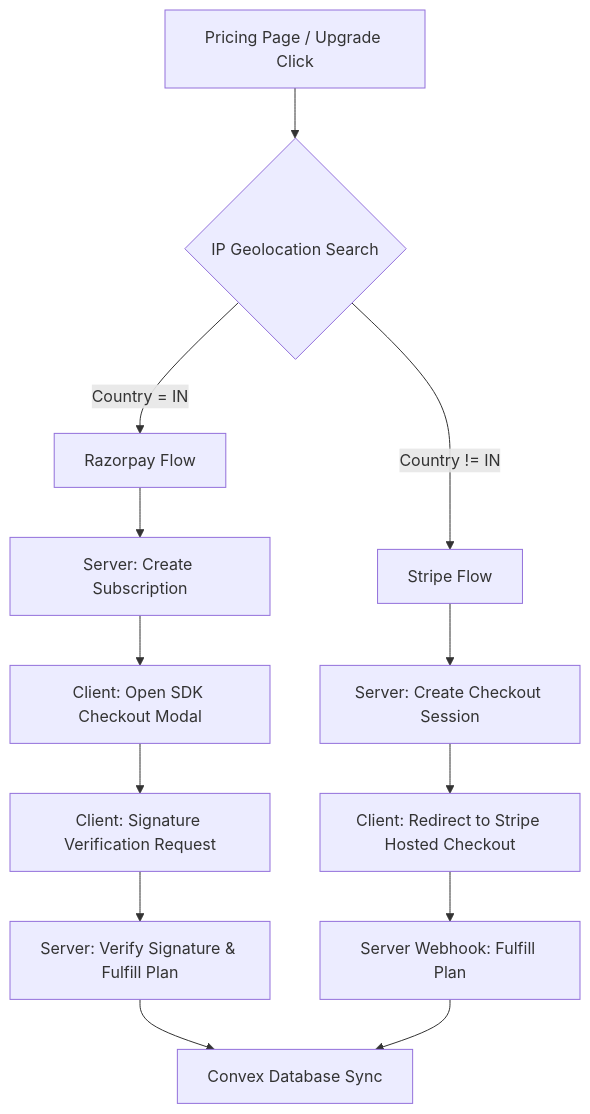
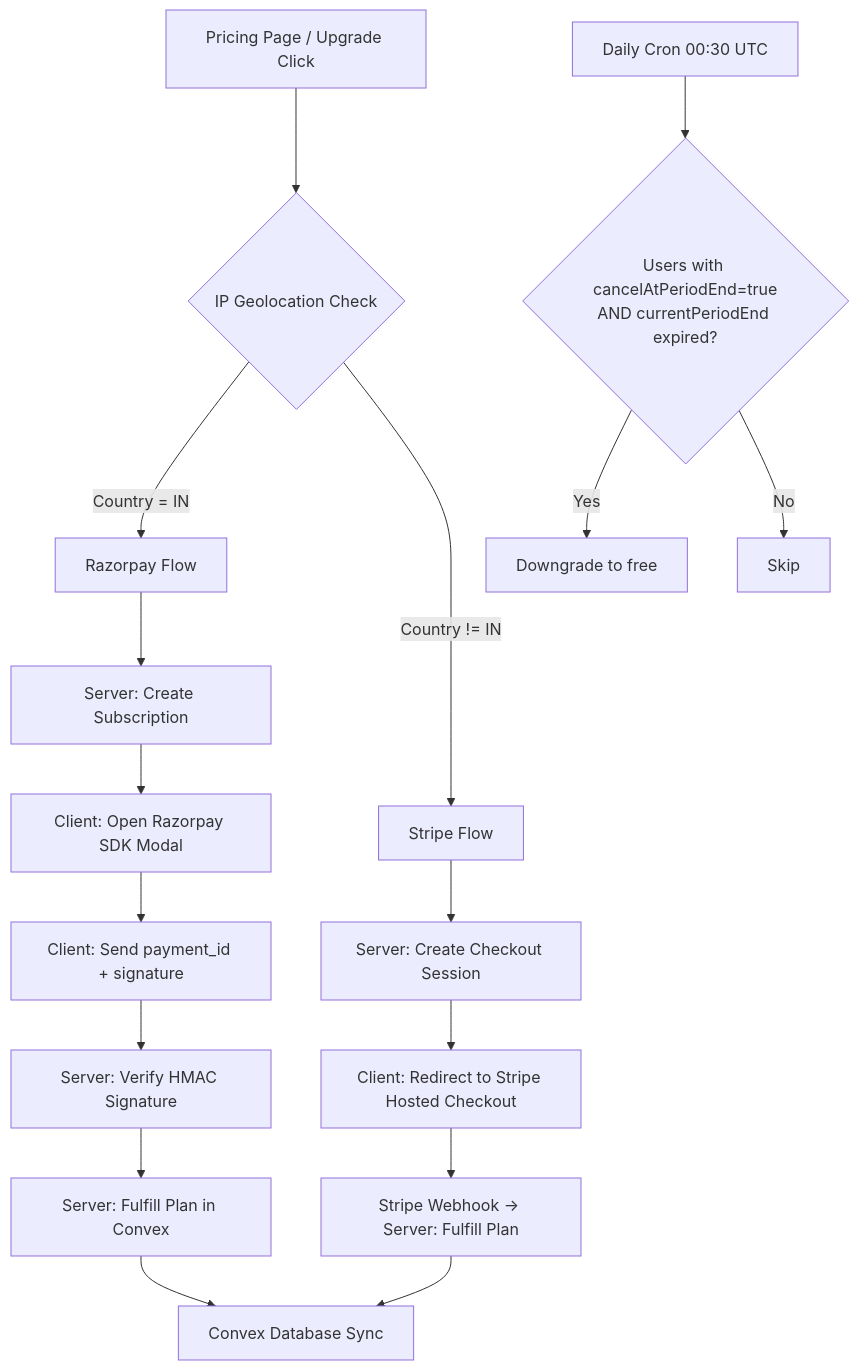
One commit to Wekraft-collaboration-platform/wekraft-saas changed the diagram in src/modules/payments/payment_integration.md. Above: the diagram before and after it, drawn with Mermaid. The commit also changed other lines of this file and 1 other file, not shown here.

````diff
--- a/src/modules/payments/payment_integration.md
+++ b/src/modules/payments/payment_integration.md
@@ -11,17 +13,22 @@
 ```mermaid
 graph TD
-    A[Pricing Page / Upgrade Click] --> B{IP Geolocation Search}
+    A[Pricing Page / Upgrade Click] --> B{IP Geolocation Check}
     B -- Country = IN --> C[Razorpay Flow]
     B -- Country != IN --> D[Stripe Flow]
-    
+
     C --> C1[Server: Create Subscription]
-    C1 --> C2[Client: Open SDK Checkout Modal]
-    C2 --> C3[Client: Signature Verification Request]
-    C3 --> C4[Server: Verify Signature & Fulfill Plan]
-    
+    C1 --> C2[Client: Open Razorpay SDK Modal]
+    C2 --> C3[Client: Send payment_id + signature]
+    C3 --> C4[Server: Verify HMAC Signature]
+    C4 --> C5[Server: Fulfill Plan in Convex]
+
     D --> D1[Server: Create Checkout Session]
     D1 --> D2[Client: Redirect to Stripe Hosted Checkout]
-    D2 --> D3[Server Webhook: Fulfill Plan]
-    
-    C4 & D3 --> E[Convex Database Sync]
+    D2 --> D3[Stripe Webhook → Server: Fulfill Plan]
+
+    C5 & D3 --> E[Convex Database Sync]
+
+    F[Daily Cron 00:30 UTC] --> G{Users with cancelAtPeriodEnd=true\nAND currentPeriodEnd expired?}
+    G -- Yes --> H[Downgrade to free]
+    G -- No --> I[Skip]
 ```
````
